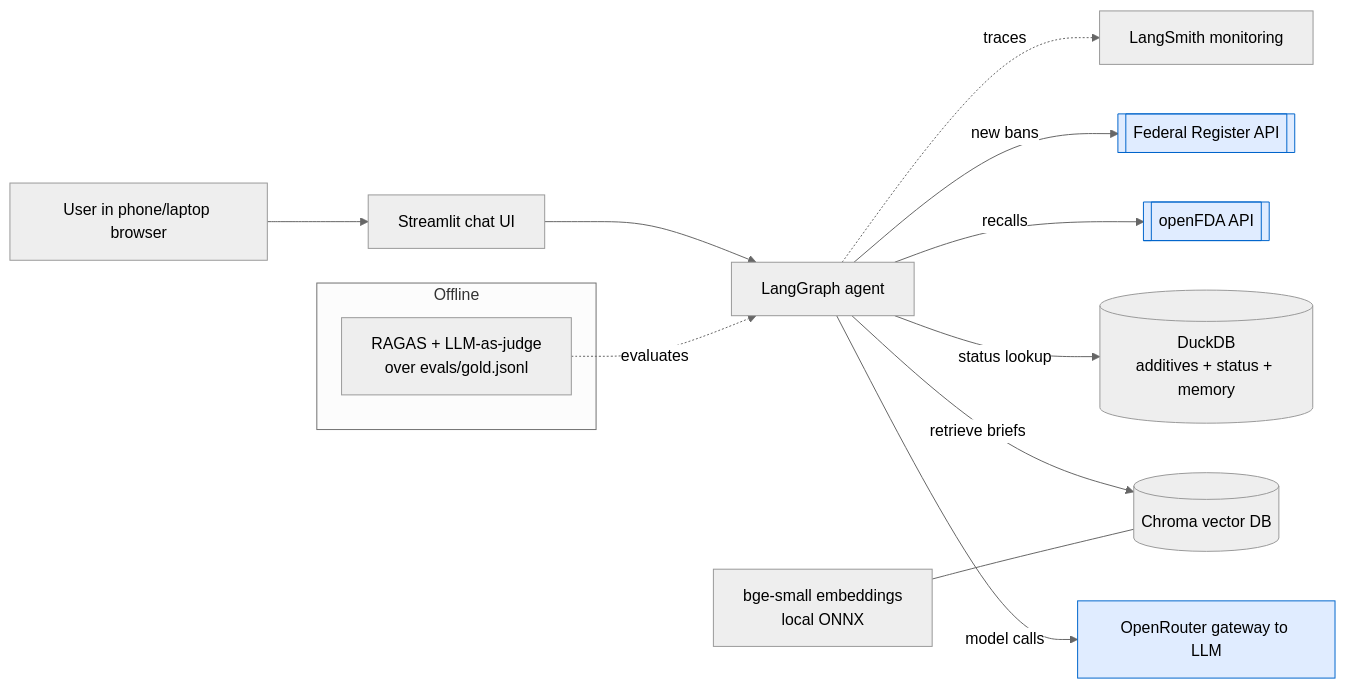
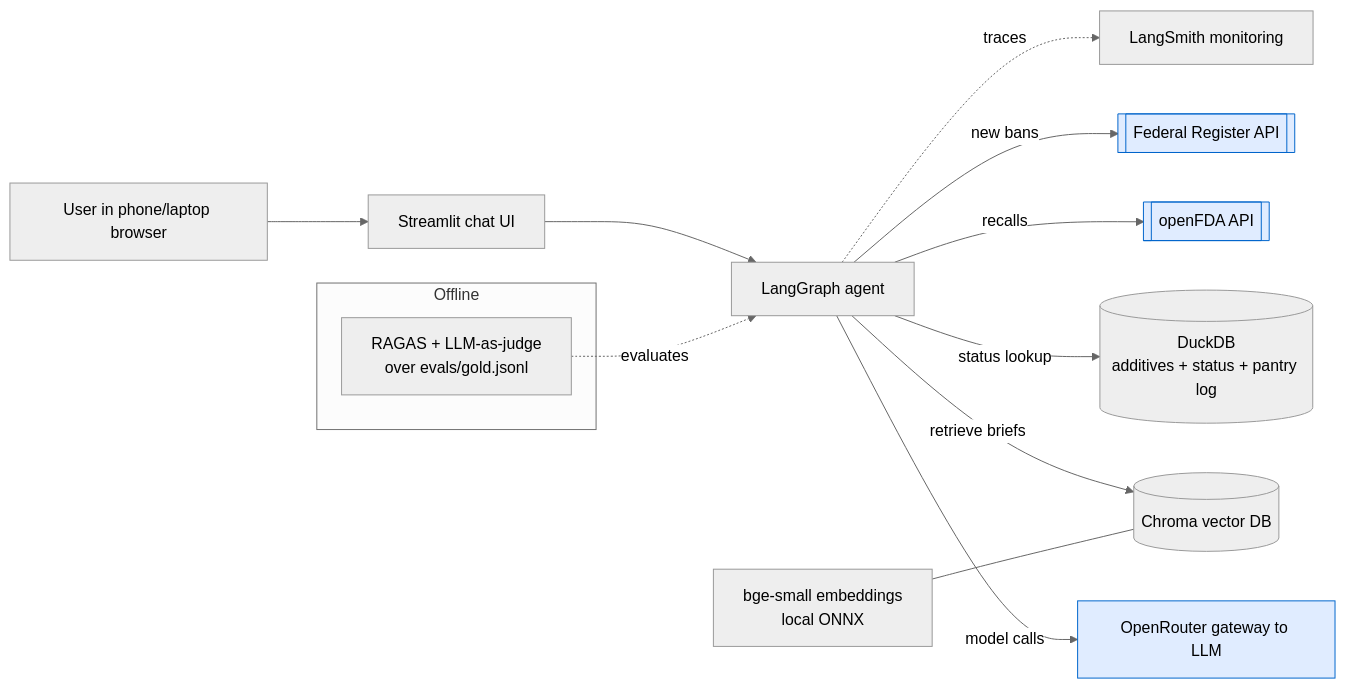
The second of 3 diagrams in docs/deliverables.md (areverything/label-lens), drawn with Mermaid (neutral theme) before and after one commit. The commit also changed other lines of this file and 4 other files, not shown here.

````diff
--- a/docs/deliverables.md
+++ b/docs/deliverables.md
@@ -84,19 +110,19 @@
 ```mermaid
 flowchart LR
     U[User in phone/laptop browser] --> UI[Streamlit chat UI]
     UI --> AG[LangGraph agent]
     AG -->|model calls| GW[OpenRouter gateway to LLM]
-    AG -->|status lookup| DB[(DuckDB<br/>additives + status + memory)]
+    AG -->|status lookup| DB[(DuckDB<br/>additives + status + pantry log)]
     AG -->|retrieve briefs| VDB[(Chroma vector DB)]
     EMB[bge-small embeddings<br/>local ONNX] --- VDB
     AG -->|recalls| FDA[[openFDA API]]
     AG -->|new bans| FR[[Federal Register API]]
     AG -.traces.-> LS[LangSmith monitoring]
     subgraph Offline
         EV[RAGAS + LLM-as-judge<br/>over evals/gold.jsonl]
     end
     EV -.evaluates.-> AG
 
     classDef ext fill:#e0ecff,stroke:#06c,color:#000;
     class FDA,FR,GW ext
 ```
````
